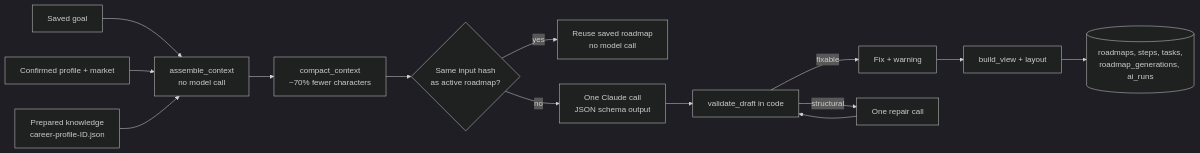
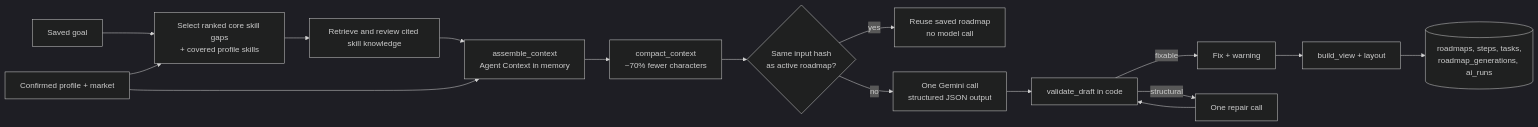
The diagram in docs/roadmap/roadmap-generation.md (THN4/glow-job), drawn with Mermaid (dark theme) before and after one commit. The commit also changed other lines of this file and 8 other files, not shown here.

Commit message:
docs(roadmap): document live RAG generation flow

````diff
--- a/docs/roadmap/roadmap-generation.md
+++ b/docs/roadmap/roadmap-generation.md
@@ -8,16 +8,18 @@
 ```mermaid
 flowchart LR
-    G[Saved goal] --> C[assemble_context<br/>no model call]
-    P[Confirmed profile + market] --> C
-    K[Prepared knowledge<br/>career-profile-ID.json] --> C
+    G[Saved goal] --> A[Select ranked core skill gaps<br/>+ covered profile skills]
+    P[Confirmed profile + market] --> A
+    A --> K[Retrieve and review cited skill knowledge]
+    K --> C[assemble_context<br/>Agent Context in memory]
+    P --> C
     C --> X[compact_context<br/>~70% fewer characters]
     X --> H{Same input hash<br/>as active roadmap?}
     H -- yes --> R[Reuse saved roadmap<br/>no model call]
-    H -- no --> M[One Claude call<br/>JSON schema output]
+    H -- no --> M[One Gemini call<br/>structured JSON output]
     M --> V[validate_draft in code]
     V -- fixable --> F[Fix + warning]
     V -- structural --> Y[One repair call]
     F --> W[build_view + layout]
     Y --> V
     W --> S[(roadmaps, steps, tasks,<br/>roadmap_generations, ai_runs)]
 ```
````
